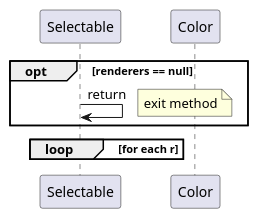
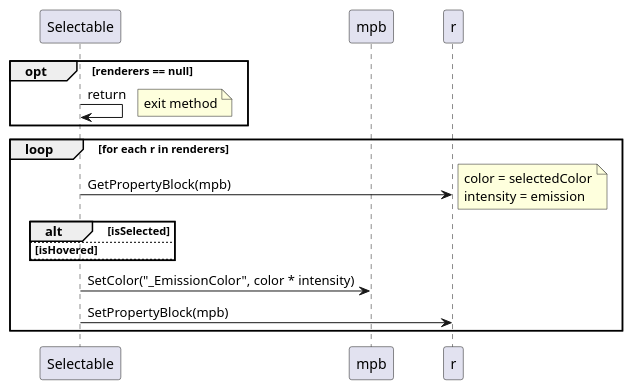
The diagram in Assets/UML/SequenceDiagrams/Selection/Selection_RefreshVisual_Sequence.puml (khongpak/URTS_GPT), drawn with PlantUML before and after one commit. The commit also changed 1 other file, not shown here.

Commit message:
เป้าหมายบทเรียน #4 — Formation Move + Marker Pool ยังไม่เสร็จ กำลังทำถึงแค่ขั้นตอนที่ 1 สร้างไฟล์ ClickMoveMarkerPool.cs เหลืออีก 1 ไฟล์ ตอนนี้มาเพิ่ม Class Diagram ของ SelectionManager กลังเพิ่ม เพิ่ม RefreshVisual ยังทำไม่เสร็จ

```diff
--- a/Assets/UML/SequenceDiagrams/Selection/Selection_RefreshVisual_Sequence.puml
+++ b/Assets/UML/SequenceDiagrams/Selection/Selection_RefreshVisual_Sequence.puml
@@ -1,18 +1,27 @@
 @startuml
-    skinparam Shadowing false
-    skinparam ParticipantPadding 20
+skinparam Shadowing false
+skinparam ParticipantPadding 20
 
-    participant Selectable
-    participant Color
+participant Selectable
+participant mpb
 
-    opt renderers == null
-        Selectable -> Selectable : return
-        note right : exit method
+opt renderers == null
+    Selectable -> Selectable : return
+    note right : exit method
+end
+
+loop for each r in renderers
+    Selectable -> r : GetPropertyBlock(mpb)
+
+    alt isSelected
+        note right : color = selectedColor\nintensity = emission
+    else isHovered
+        note right : color = hoverColor\nintensity = emission * 0.7
+    else
+        note right : color = black\nintensity = 0
     end
 
-    loop for each r
-        
-    end
-
-
+    Selectable -> mpb : SetColor("_EmissionColor", color * intensity)
+    Selectable -> r : SetPropertyBlock(mpb)
+end
 @enduml
```
